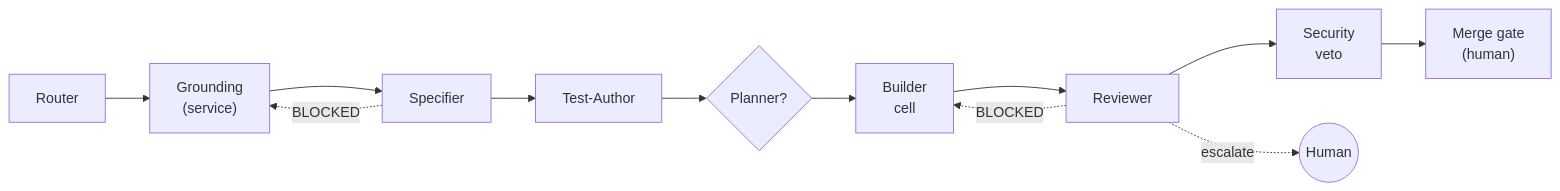
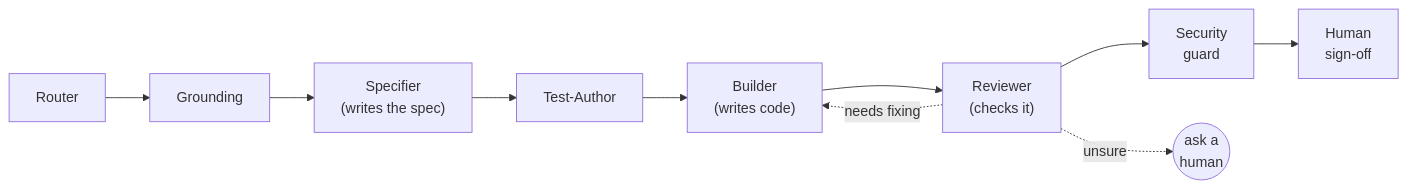
The diagram in docs/Agents/README.md (dertnius/sdd-semantic-pipeline), drawn with Mermaid before and after one commit. The commit also changed other lines of this file and 6 other files, not shown here.

````diff
--- a/docs/Agents/README.md
+++ b/docs/Agents/README.md
@@ -40,7 +23,6 @@
 ```mermaid
 flowchart LR
-    R["Router"] --> G["Grounding<br/>(service)"] --> S["Specifier"] --> T["Test-Author"] --> P{"Planner?"} --> B["Builder<br/>cell"] --> V["Reviewer"] --> SEC["Security<br/>veto"] --> M["Merge gate<br/>(human)"]
-    V -.->|"BLOCKED"| B
-    S -.->|"BLOCKED"| G
-    V -.->|"escalate"| HUM(("Human"))
+    R["Router"] --> G["Grounding"] --> S["Specifier<br/>(writes the spec)"] --> T["Test-Author"] --> B["Builder<br/>(writes code)"] --> V["Reviewer<br/>(checks it)"] --> SEC["Security<br/>guard"] --> M["Human<br/>sign-off"]
+    V -.->|"needs fixing"| B
+    V -.->|"unsure"| HUM(("ask a<br/>human"))
 ```
````
